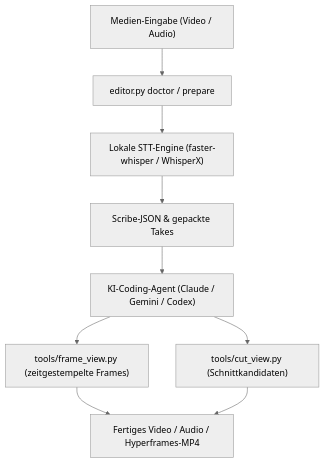
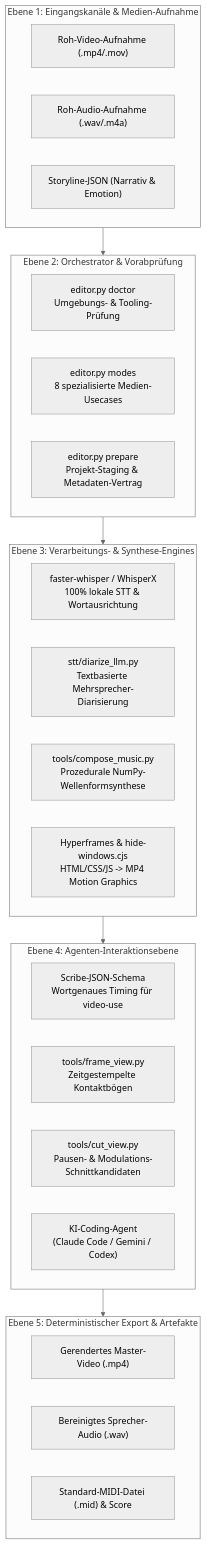
One commit to ellmos-ai/ai-media-editor changed the first of 2 diagrams in README_de.md. Above: the diagram before and after it, drawn with Mermaid (neutral theme). The commit also changed other lines of this file and 8 other files, not shown here.

First line of the commit message:
feat(marketing): Pfad B discoverability, dual-mermaid diagrams, governance invariants and contract tests

````diff
--- a/README_de.md
+++ b/README_de.md
@@ -28,11 +94,39 @@
 ```mermaid
-graph TD
-    Input["Medien-Eingabe (Video / Audio)"] --> Doctor["editor.py doctor / prepare"]
-    Doctor --> STT["Lokale STT-Engine (faster-whisper / WhisperX)"]
-    STT --> Scribe["Scribe-JSON & gepackte Takes"]
-    Scribe --> Agent["KI-Coding-Agent (Claude / Gemini / Codex)"]
-    Agent --> FrameView["tools/frame_view.py (zeitgestempelte Frames)"]
-    Agent --> CutView["tools/cut_view.py (Schnittkandidaten)"]
-    FrameView --> Output["Fertiges Video / Audio / Hyperframes-MP4"]
-    CutView --> Output
+flowchart TB
+    subgraph Intake ["Ebene 1: Eingangskanäle & Medien-Aufnahme"]
+        V["Roh-Video-Aufnahme (.mp4/.mov)"]
+        A["Roh-Audio-Aufnahme (.wav/.m4a)"]
+        S["Storyline-JSON (Narrativ & Emotion)"]
+    end
+
+    subgraph Preflight ["Ebene 2: Orchestrator & Vorabprüfung"]
+        DOC["editor.py doctor<br/>Umgebungs- & Tooling-Prüfung"]
+        MODES["editor.py modes<br/>8 spezialisierte Medien-Usecases"]
+        PREP["editor.py prepare<br/>Projekt-Staging & Metadaten-Vertrag"]
+    end
+
+    subgraph Engines ["Ebene 3: Verarbeitungs- & Synthese-Engines"]
+        FW["faster-whisper / WhisperX<br/>100% lokale STT & Wortausrichtung"]
+        DIAR["stt/diarize_llm.py<br/>Textbasierte Mehrsprecher-Diarisierung"]
+        MUSIC["tools/compose_music.py<br/>Prozedurale NumPy-Wellenformsynthese"]
+        HF["Hyperframes & hide-windows.cjs<br/>HTML/CSS/JS -> MP4 Motion Graphics"]
+    end
+
+    subgraph Agentic ["Ebene 4: Agenten-Interaktionsebene"]
+        SCRIBE["Scribe-JSON-Schema<br/>Wortgenaues Timing für video-use"]
+        FRAMES["tools/frame_view.py<br/>Zeitgestempelte Kontaktbögen"]
+        CUTS["tools/cut_view.py<br/>Pausen- & Modulations-Schnittkandidaten"]
+        LLM["KI-Coding-Agent<br/>(Claude Code / Gemini / Codex)"]
+    end
+
+    subgraph Export ["Ebene 5: Deterministischer Export & Artefakte"]
+        OUT_V["Gerendertes Master-Video (.mp4)"]
+        OUT_A["Bereinigtes Sprecher-Audio (.wav)"]
+        OUT_M["Standard-MIDI-Datei (.mid) & Score"]
+    end
+
+    Intake --> Preflight
+    Preflight --> Engines
+    Engines --> Agentic
+    Agentic --> Export
 ```
````
